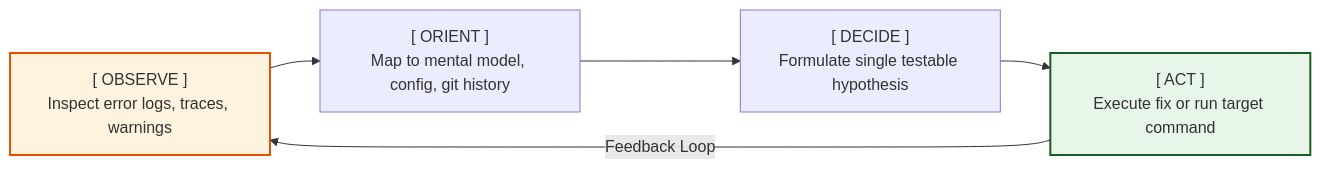
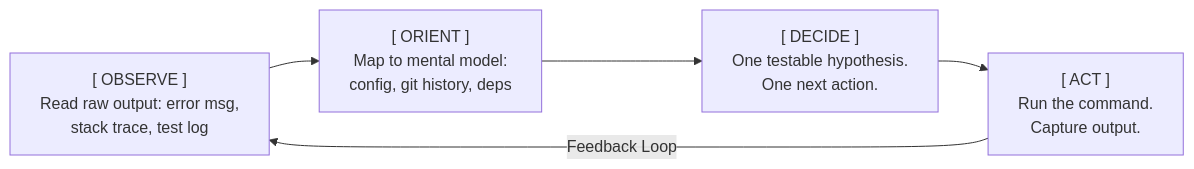
Before and after one commit to junit/structured-thinking: the diagram in references/agent-workflow.md, drawn with Mermaid. The commit also changed other lines of this file and 8 other files, not shown here.

````diff
--- a/references/agent-workflow.md
+++ b/references/agent-workflow.md
@@ -85,13 +19,9 @@
 ```mermaid
 flowchart LR
-    Observe["[ OBSERVE ]<br>Inspect error logs, traces, warnings"]
-    Orient["[ ORIENT ]<br>Map to mental model, config, git history"]
-    Decide["[ DECIDE ]<br>Formulate single testable hypothesis"]
-    Act["[ ACT ]<br>Execute fix or run target command"]
-    
+    Observe["[ OBSERVE ]<br/>Read raw output: error msg,<br/>stack trace, test log"]
+    Orient["[ ORIENT ]<br/>Map to mental model:<br/>config, git history, deps"]
+    Decide["[ DECIDE ]<br/>One testable hypothesis.<br/>One next action."]
+    Act["[ ACT ]<br/>Run the command.<br/>Capture output."]
     Observe --> Orient --> Decide --> Act
     Act -->|Feedback Loop| Observe
-    
-    style Observe fill:#fff3e0,stroke:#e65100,stroke-width:2px
-    style Act fill:#e8f5e9,stroke:#1b5e20,stroke-width:2px
 ```
````
